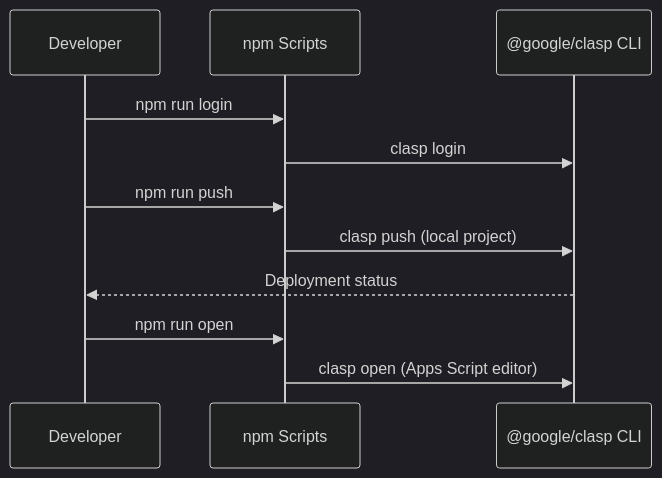
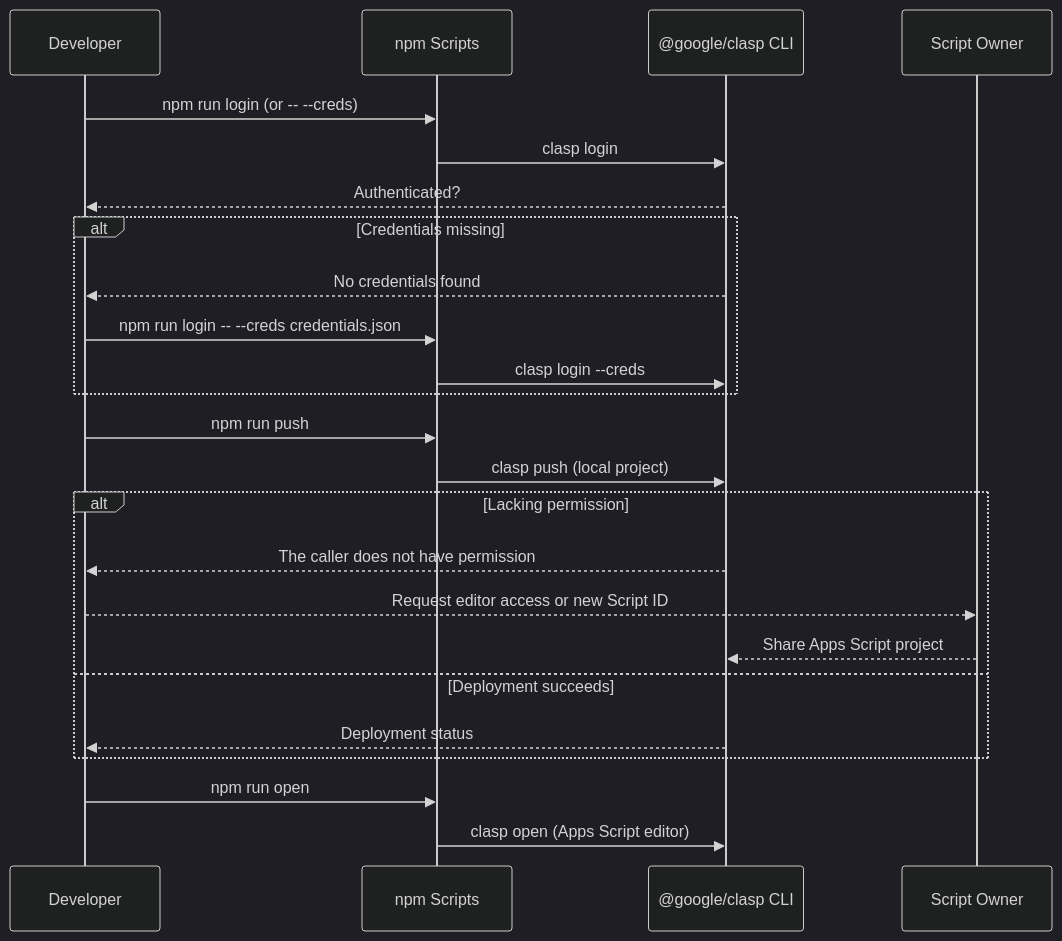
Before and after one commit to muyueh/hello-claps: the third of 5 diagrams in README.md, drawn with Mermaid (dark theme). The commit also changed other lines of this file and 1 other file, not shown here.

Commit message:
chore: rebind clasp project

````diff
--- a/README.md
+++ b/README.md
@@ -21,13 +34,26 @@
 ```mermaid
 sequenceDiagram
   participant Dev as Developer
   participant NPM as npm Scripts
   participant Clasp as @google/clasp CLI
-  Dev->>NPM: npm run login
+  participant Owner as Script Owner
+  Dev->>NPM: npm run login (or -- --creds)
   NPM->>Clasp: clasp login
+  Clasp-->>Dev: Authenticated?
+  alt Credentials missing
+    Clasp-->>Dev: No credentials found
+    Dev->>NPM: npm run login -- --creds credentials.json
+    NPM->>Clasp: clasp login --creds
+  end
   Dev->>NPM: npm run push
   NPM->>Clasp: clasp push (local project)
-  Clasp-->>Dev: Deployment status
+  alt Lacking permission
+    Clasp-->>Dev: The caller does not have permission
+    Dev-->>Owner: Request editor access or new Script ID
+    Owner-->>Clasp: Share Apps Script project
+  else Deployment succeeds
+    Clasp-->>Dev: Deployment status
+  end
   Dev->>NPM: npm run open
   NPM->>Clasp: clasp open (Apps Script editor)
 ```
````
